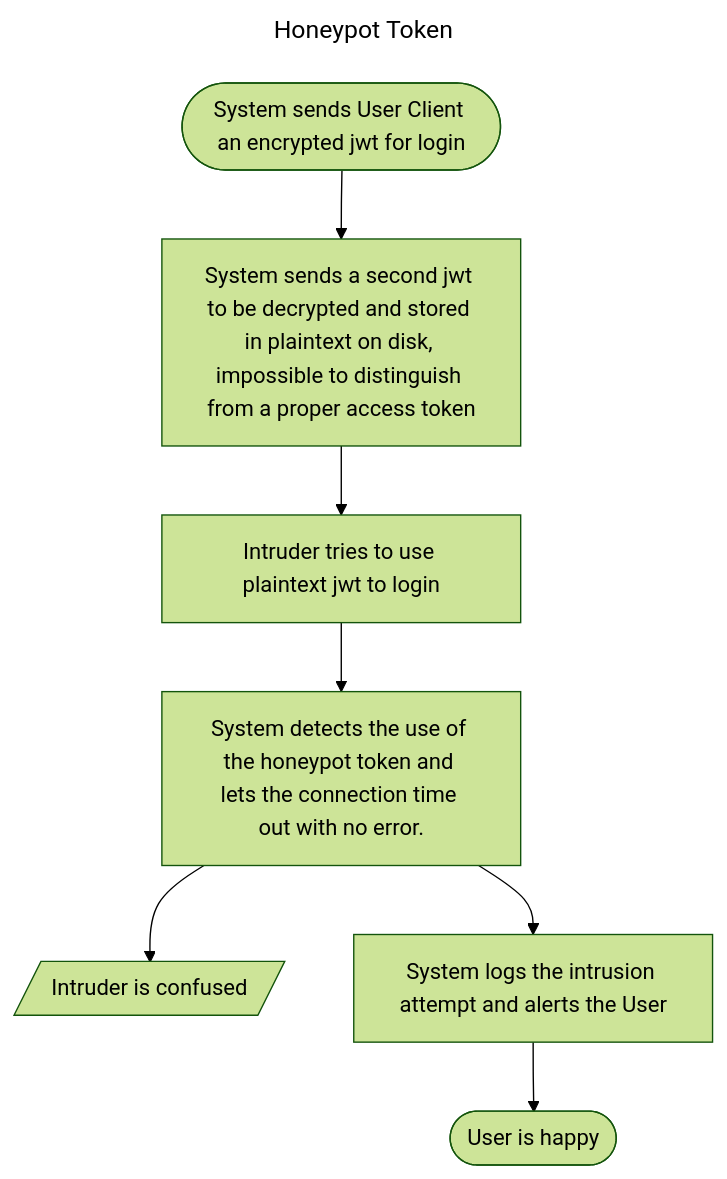
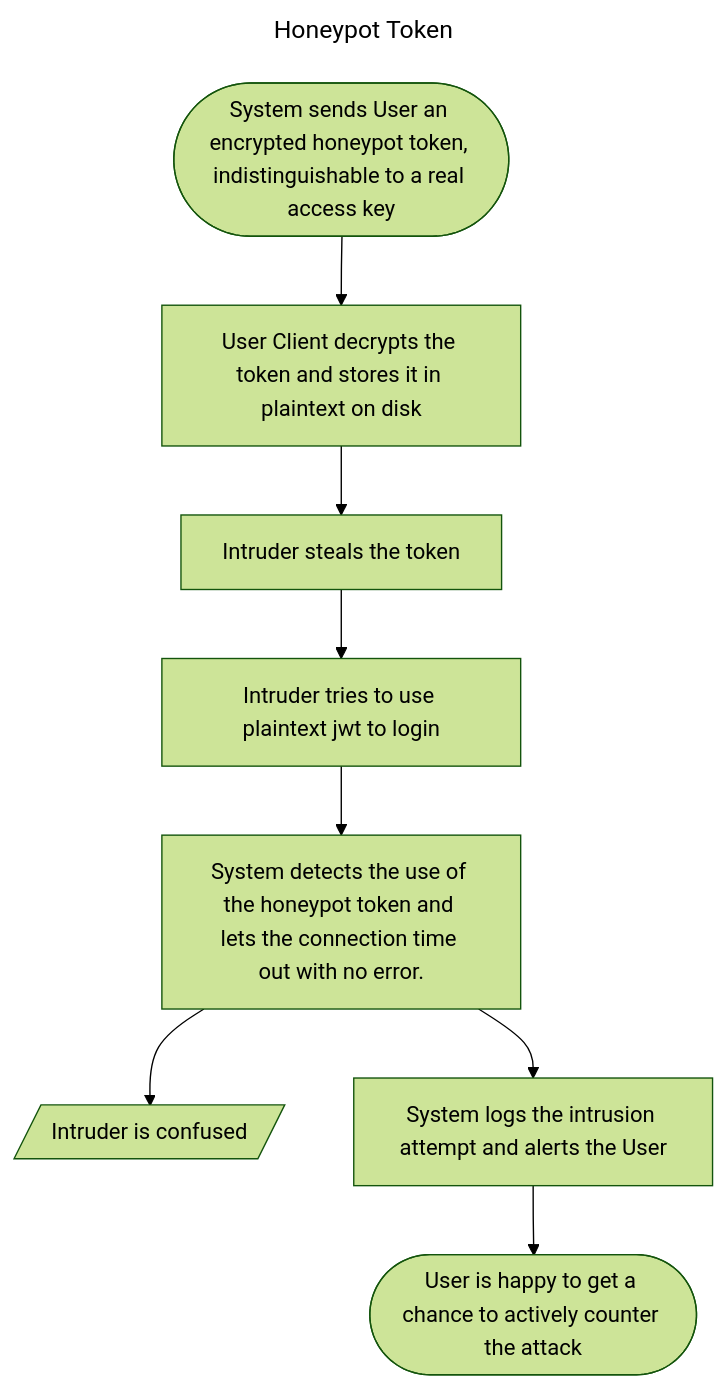
The third of 5 diagrams in Documentation/technical/authentication.md (TetraPlex-org/central), drawn with Mermaid (forest theme) before and after one commit. The commit also changed other lines of this file and 1 other file, not shown here.

````diff
--- a/Documentation/technical/authentication.md
+++ b/Documentation/technical/authentication.md
@@ -44,17 +44,16 @@
 ```mermaid
 ---
 title: Honeypot Token
 ---
 %%{init: {"flowchart": {"htmlLabels": false}} }%%
 flowchart TB
-  %% Trigger Event
-  TRIGGER(["System sends User Client an encrypted jwt for login"])-->S1
-  S1["System sends a second jwt to be decrypted and stored in plaintext on disk, impossible to distinguish from a proper access token"]-->S2
+  TRIGGER(["System sends User an encrypted honeypot token, indistinguishable to a real access key"])-->S1
+  S1["User Client decrypts the token and stores it in plaintext on disk"]-->S1a1
+  S1a1["Intruder steals the token"]-->S2
   S2["Intruder tries to use plaintext jwt to login"]-->S3
-  S3["System detects the use of the honeypot token and lets the connection time out with no error."]-->S4 & S5
-  S4[/"Intruder is confused"/]
-  S5["System logs the intrusion attempt and alerts the User"] --> S6
-  S6(["User is happy"])
-
+  S3[System detects the use of the honeypot token and lets the connection time out with no error.]-->S4 & S5
+  S4[/Intruder is confused/]
+  S5[System logs the intrusion attempt and alerts the User] --> SUCCESS
+  SUCCESS([User is happy to get a chance to actively counter the attack])
 
 ```
````
